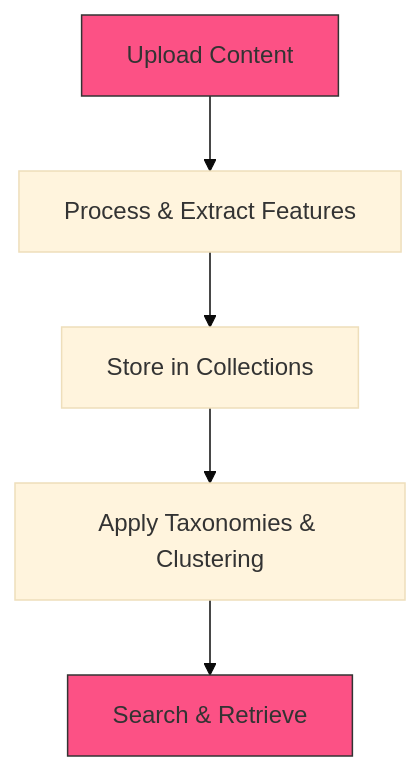
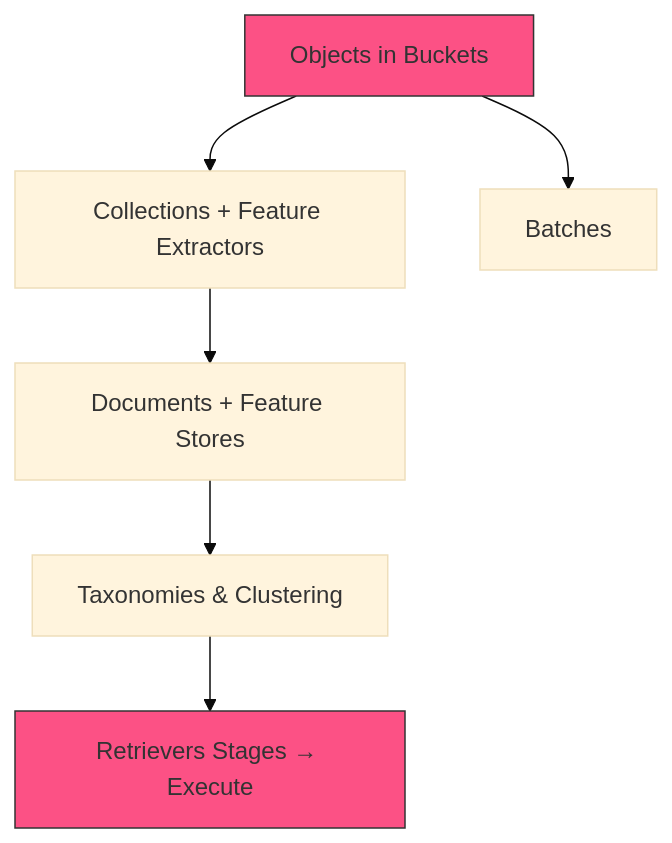
Before and after one commit to mixpeek/docs: the diagram in overview/introduction.mdx, drawn with Mermaid (base theme). The commit also changed other lines of this file and 28 other files, not shown here.

````diff
--- a/overview/introduction.mdx
+++ b/overview/introduction.mdx
@@ -80,9 +87,10 @@
   ```mermaid
   graph TD
-    A[Upload Content] --> B[Process & Extract Features]
-    B --> C[Store in Collections]
-    C --> D[Apply Taxonomies & Clustering]
-    D --> E[Search & Retrieve]
+    A[Objects in Buckets] --> B[Collections + Feature Extractors]
+    A --> A2[Batches]
+    B --> C[Documents + Feature Stores]
+    C --> D[Taxonomies & Clustering]
+    D --> E[Retrievers Stages → Execute]
     style A fill:#FC5185,stroke:#333
     style E fill:#FC5185,stroke:#333
   ```
````
